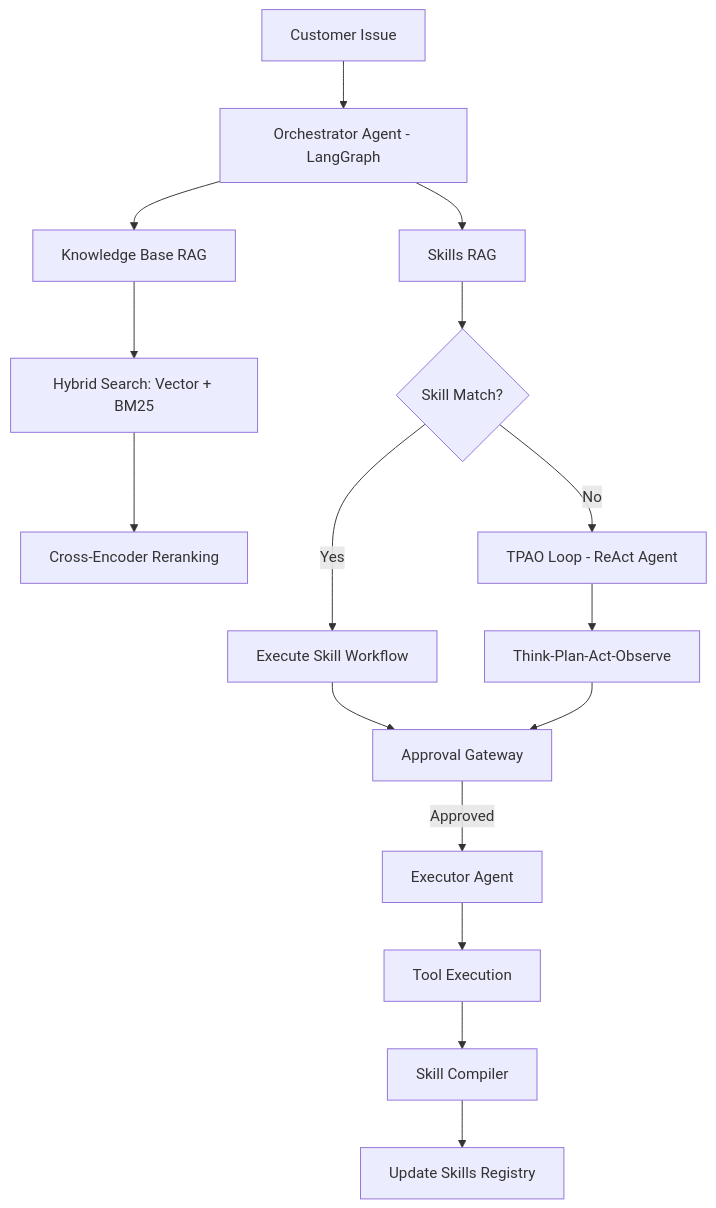
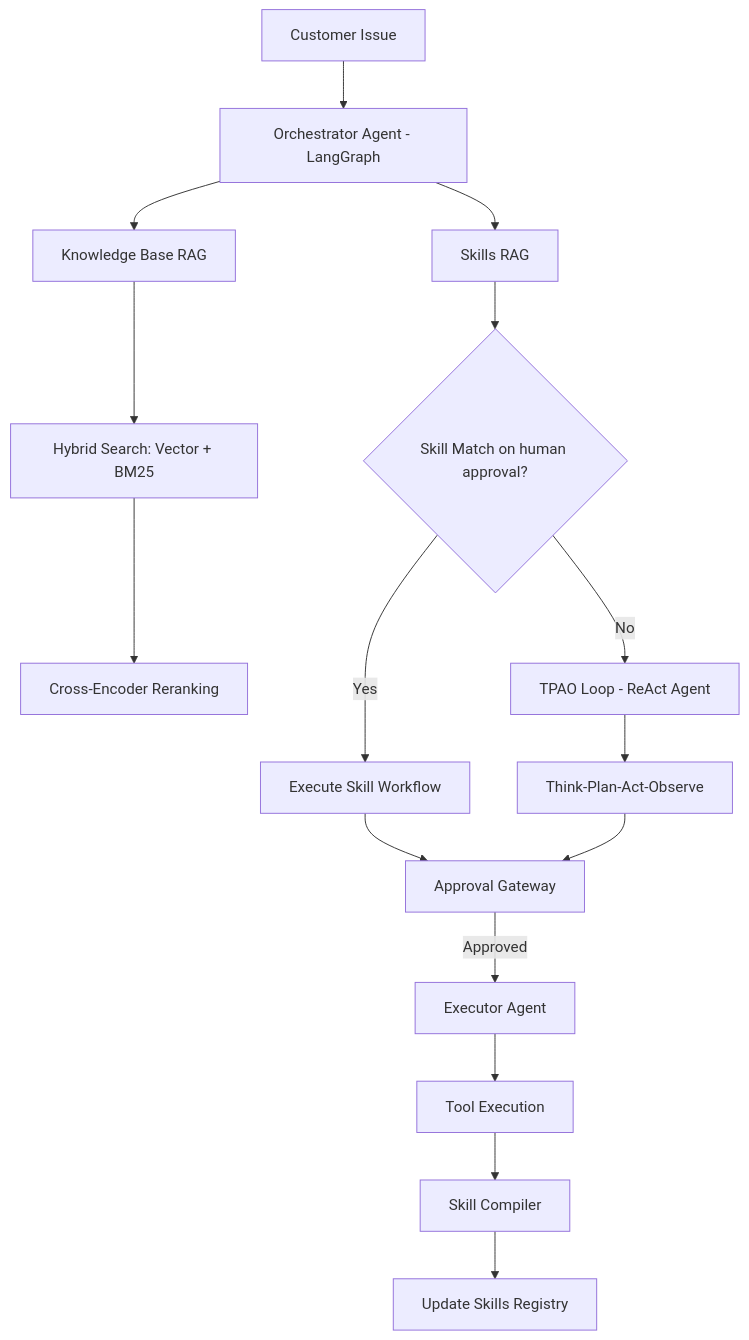
Before and after one commit to carmal891/customer-issue-resolution-copilot: the diagram in docs/system-design-document.md, drawn with Mermaid. The commit also changed other lines of this file and 19 other files, not shown here.

````diff
--- a/docs/system-design-document.md
+++ b/docs/system-design-document.md
@@ -131,18 +131,18 @@
 ```mermaid
 flowchart TD
     A[Customer Issue] --> B[Orchestrator Agent - LangGraph]
     B --> C[Knowledge Base RAG]
     B --> D[Skills RAG]
     C --> E[Hybrid Search: Vector + BM25]
     E --> F[Cross-Encoder Reranking]
-    D --> G{Skill Match?}
+    D --> G{Skill Match on human approval?}
     G -->|Yes| H[Execute Skill Workflow]
     G -->|No| I[TPAO Loop - ReAct Agent]
     I --> J[Think-Plan-Act-Observe]
     H --> K[Approval Gateway]
     J --> K
     K -->|Approved| L[Executor Agent]
     L --> M[Tool Execution]
     M --> N[Skill Compiler]
     N --> O[Update Skills Registry]
 ```
````
